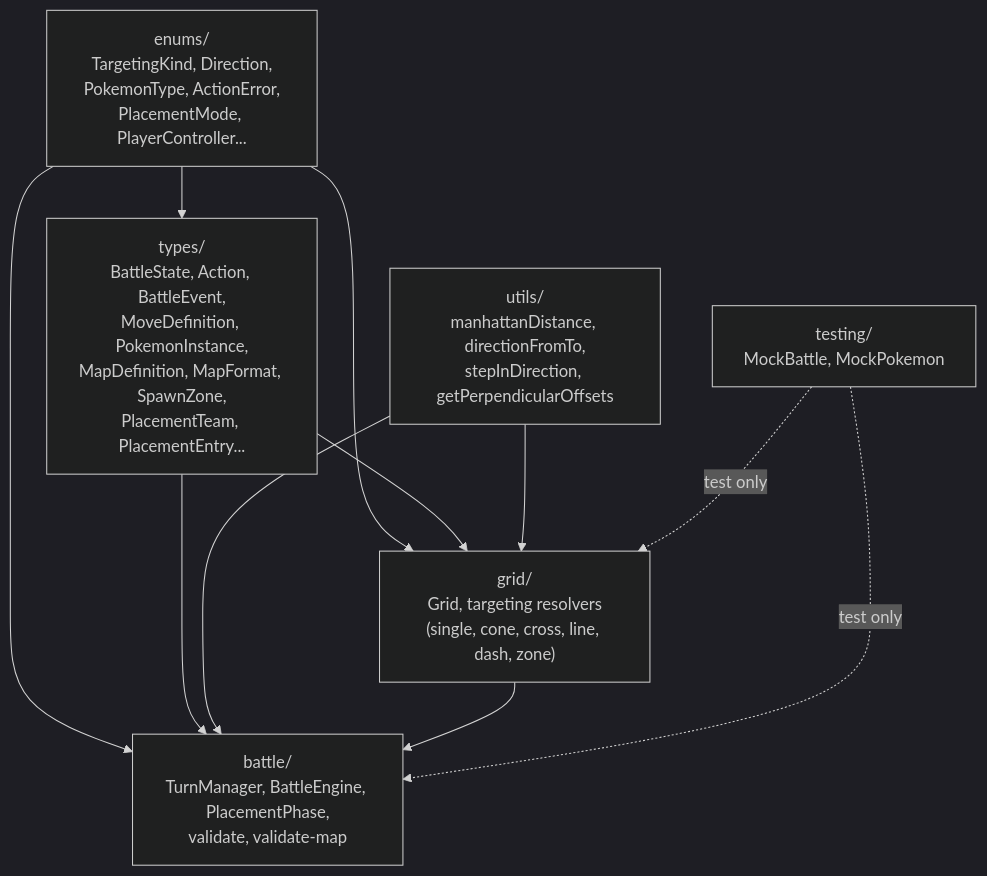
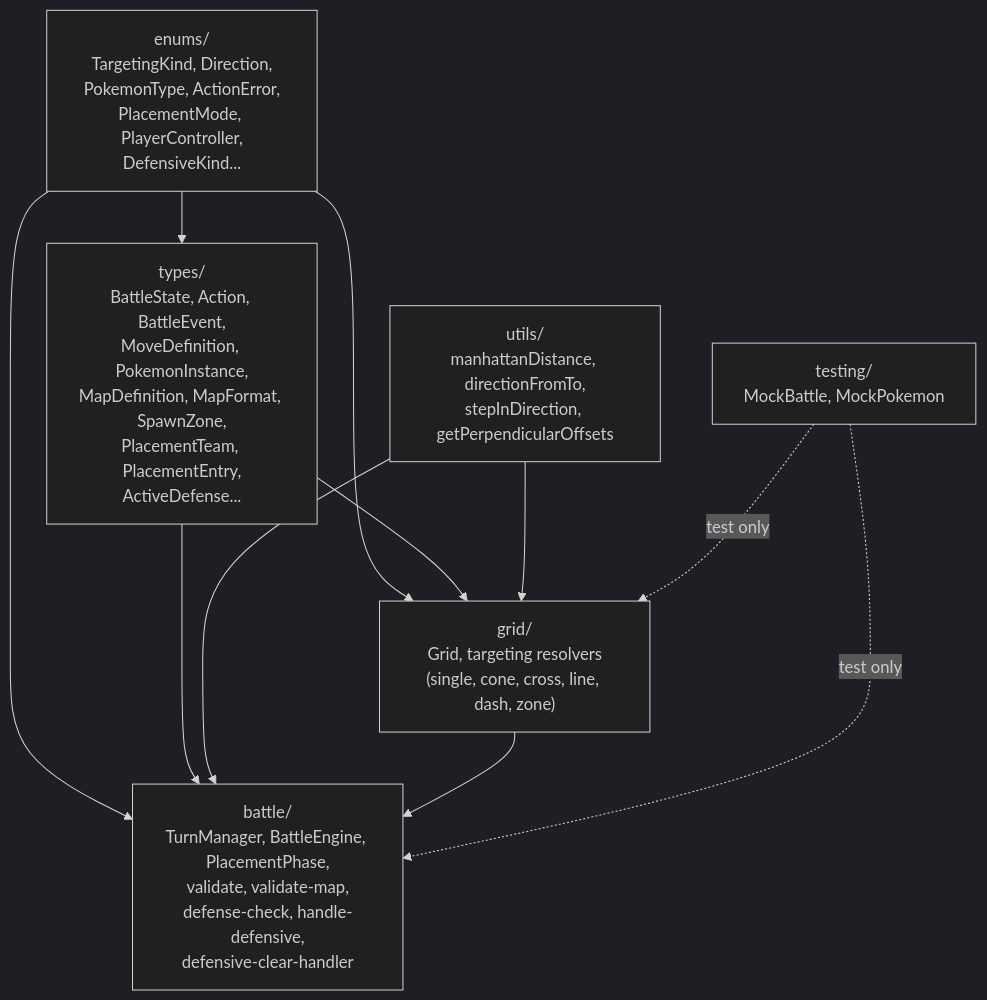
One commit to kekel87/pokemon-tactics changed the second of 4 diagrams in docs/architecture.md. Above: the diagram before and after it, drawn with Mermaid (dark theme). The commit also changed other lines of this file and 45 other files, not shown here.

````diff
--- a/docs/architecture.md
+++ b/docs/architecture.md
@@ -154,20 +154,20 @@
 ```mermaid
 graph TD
-    enums["enums/<br/>TargetingKind, Direction,<br/>PokemonType, ActionError,<br/>PlacementMode, PlayerController..."]
-    types["types/<br/>BattleState, Action, BattleEvent,<br/>MoveDefinition, PokemonInstance,<br/>MapDefinition, MapFormat, SpawnZone,<br/>PlacementTeam, PlacementEntry..."]
+    enums["enums/<br/>TargetingKind, Direction,<br/>PokemonType, ActionError,<br/>PlacementMode, PlayerController,<br/>DefensiveKind..."]
+    types["types/<br/>BattleState, Action, BattleEvent,<br/>MoveDefinition, PokemonInstance,<br/>MapDefinition, MapFormat, SpawnZone,<br/>PlacementTeam, PlacementEntry,<br/>ActiveDefense..."]
     utils["utils/<br/>manhattanDistance, directionFromTo,<br/>stepInDirection, getPerpendicularOffsets"]
     grid["grid/<br/>Grid, targeting resolvers<br/>(single, cone, cross, line, dash, zone)"]
-    battle["battle/<br/>TurnManager, BattleEngine, PlacementPhase,<br/>validate, validate-map"]
+    battle["battle/<br/>TurnManager, BattleEngine, PlacementPhase,<br/>validate, validate-map,<br/>defense-check, handle-defensive,<br/>defensive-clear-handler"]
     testing["testing/<br/>MockBattle, MockPokemon"]
 
     enums --> types
     enums --> grid
     enums --> battle
     types --> grid
     types --> battle
     utils --> grid
     utils --> battle
     grid --> battle
     testing -.->|test only| battle
     testing -.->|test only| grid
 ```
````
